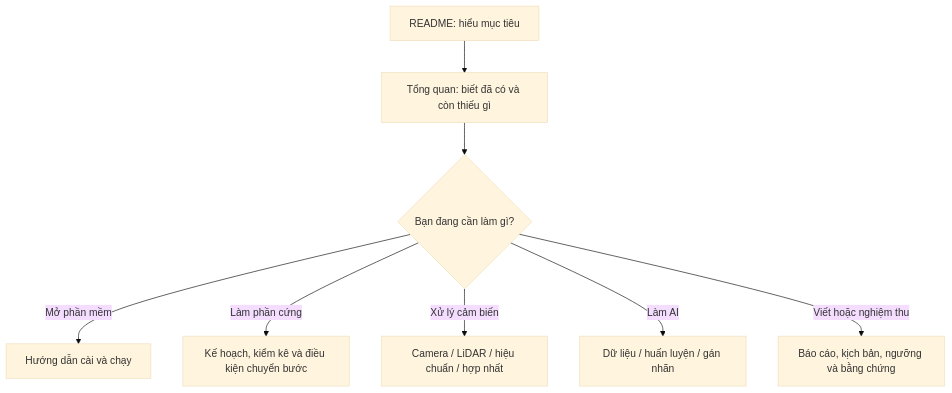
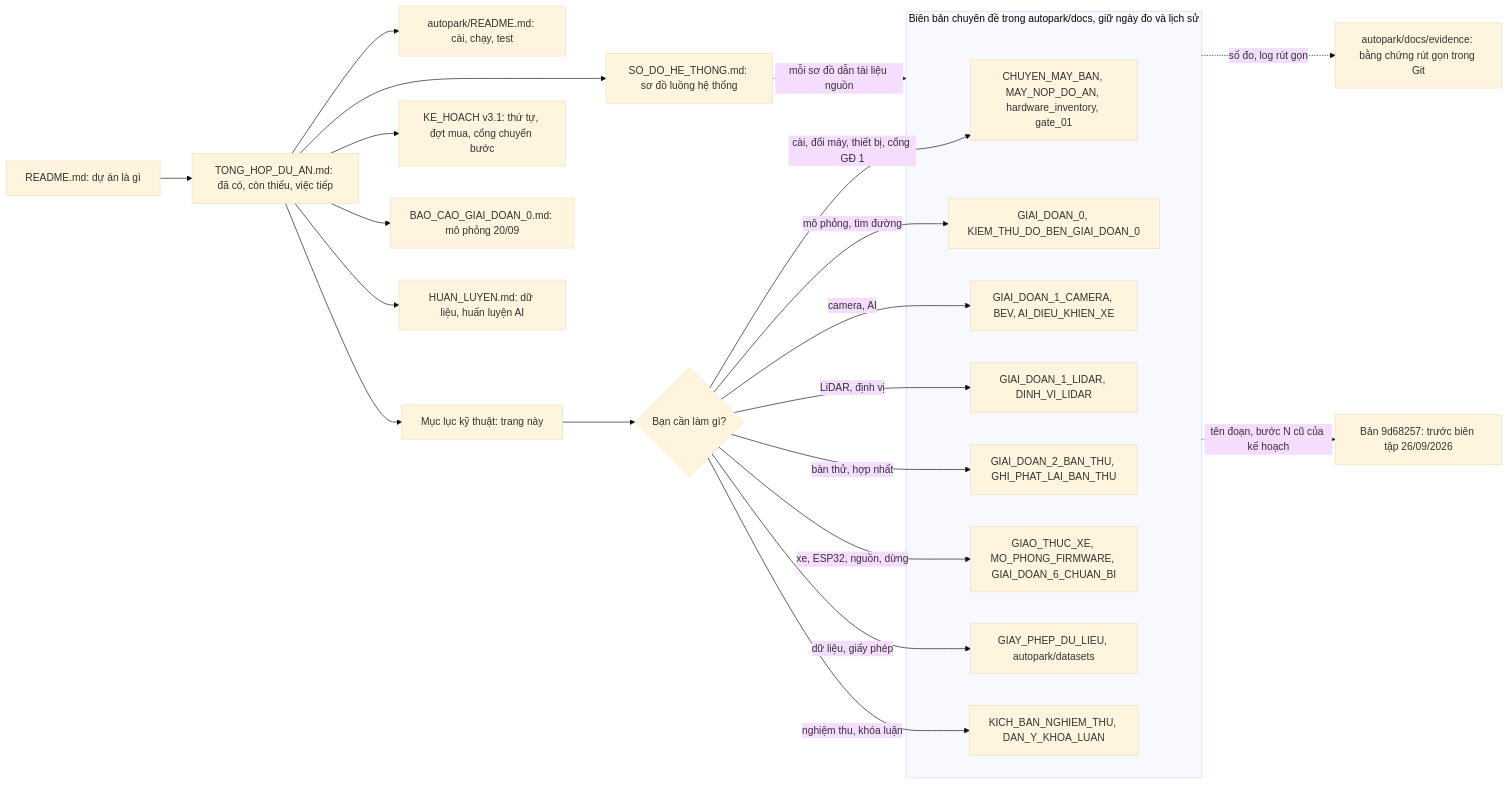
The diagram in autopark/docs/README.md (thbn12082/autopark), drawn with Mermaid (base theme) before and after one commit. The commit also changed other lines of this file and 55 other files, not shown here.

````diff
--- a/autopark/docs/README.md
+++ b/autopark/docs/README.md
@@ -9,10 +17,32 @@
 ```mermaid
-flowchart TD
-    A["README: hiểu mục tiêu"] --> B["Tổng quan: biết đã có và còn thiếu gì"]
-    B --> C{"Bạn đang cần làm gì?"}
-    C -->|Mở phần mềm| D["Hướng dẫn cài và chạy"]
-    C -->|Làm phần cứng| E["Kế hoạch, kiểm kê và điều kiện chuyển bước"]
-    C -->|Xử lý cảm biến| F["Camera / LiDAR / hiệu chuẩn / hợp nhất"]
-    C -->|Làm AI| G["Dữ liệu / huấn luyện / gán nhãn"]
-    C -->|Viết hoặc nghiệm thu| H["Báo cáo, kịch bản, ngưỡng và bằng chứng"]
+flowchart LR
+    R["README.md: dự án là gì"] --> T["TONG_HOP_DU_AN.md: đã có, còn thiếu, việc tiếp"]
+    T --> I["autopark/README.md: cài, chạy, test"]
+    T --> S["SO_DO_HE_THONG.md: sơ đồ luồng hệ thống"]
+    T --> K["KE_HOACH v3.1: thứ tự, đợt mua, cổng chuyển bước"]
+    T --> B["BAO_CAO_GIAI_DOAN_0.md: mô phỏng 20/09"]
+    T --> H["HUAN_LUYEN.md: dữ liệu, huấn luyện AI"]
+    T --> D["Mục lục kỹ thuật: trang này"]
+    D --> Q{"Bạn cần làm gì?"}
+    subgraph CD["Biên bản chuyên đề trong autopark/docs, giữ ngày đo và lịch sử"]
+        M["CHUYEN_MAY_BAN, MAY_NOP_DO_AN, hardware_inventory, gate_01"]
+        G0["GIAI_DOAN_0, KIEM_THU_DO_BEN_GIAI_DOAN_0"]
+        C["GIAI_DOAN_1_CAMERA, BEV, AI_DIEU_KHIEN_XE"]
+        L["GIAI_DOAN_1_LIDAR, DINH_VI_LIDAR"]
+        BT["GIAI_DOAN_2_BAN_THU, GHI_PHAT_LAI_BAN_THU"]
+        X["GIAO_THUC_XE, MO_PHONG_FIRMWARE, GIAI_DOAN_6_CHUAN_BI"]
+        GP["GIAY_PHEP_DU_LIEU, autopark/datasets"]
+        NT["KICH_BAN_NGHIEM_THU, DAN_Y_KHOA_LUAN"]
+    end
+    Q -->|cài, đổi máy, thiết bị, cổng GĐ 1| M
+    Q -->|mô phỏng, tìm đường| G0
+    Q -->|camera, AI| C
+    Q -->|LiDAR, định vị| L
+    Q -->|bàn thử, hợp nhất| BT
+    Q -->|xe, ESP32, nguồn, dừng| X
+    Q -->|dữ liệu, giấy phép| GP
+    Q -->|nghiệm thu, khóa luận| NT
+    S -.->|mỗi sơ đồ dẫn tài liệu nguồn| CD
+    CD -.->|số đo, log rút gọn| E["autopark/docs/evidence: bằng chứng rút gọn trong Git"]
+    CD -.->|tên đoạn, bước N cũ của kế hoạch| V9["Bản 9d68257: trước biên tập 26/09/2026"]
 ```
````
